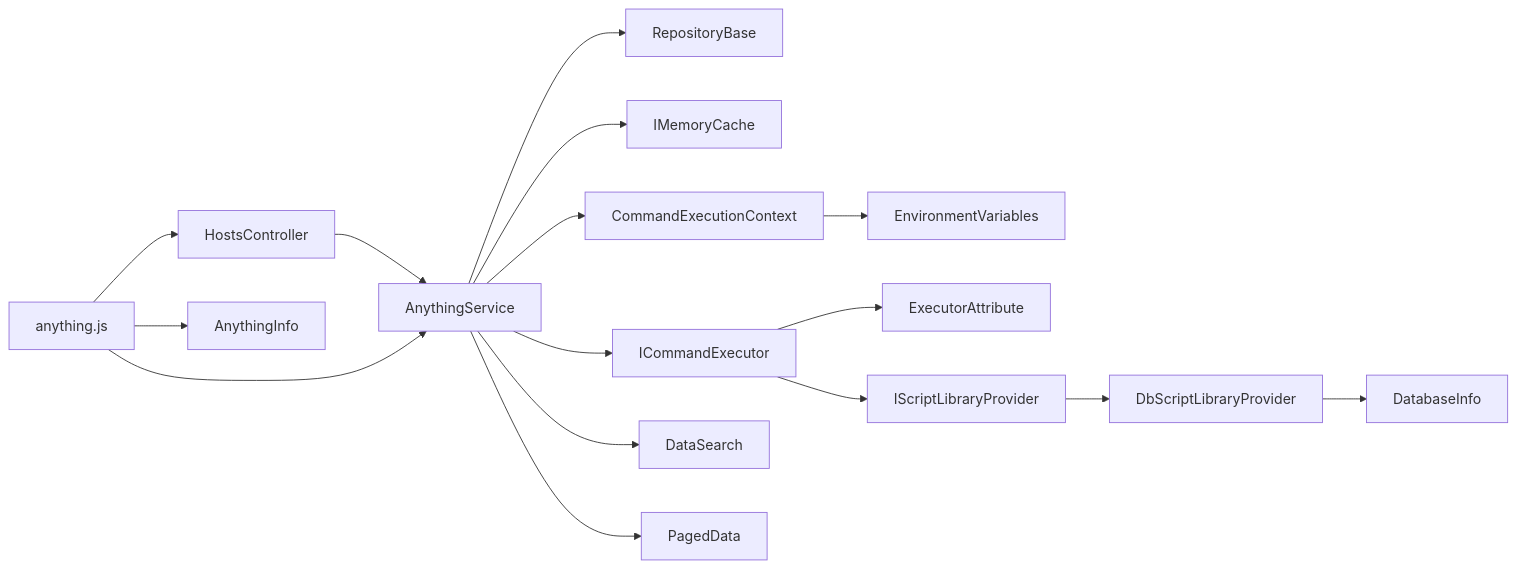
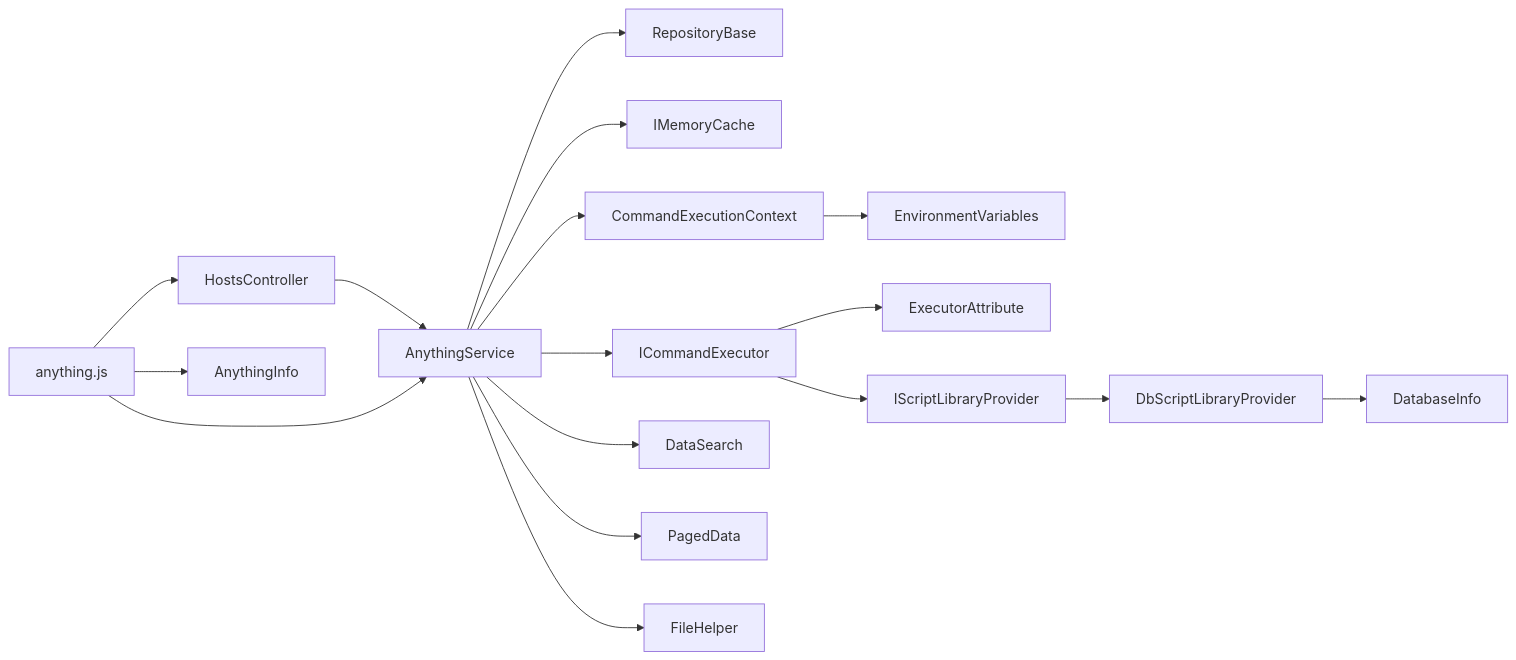
Before and after one commit to Sosososolong/AirGo: diagram 11 of 11 in .qoder/repowiki/zh/content/远程主机管理模块/AnythingService 核心功能.md, drawn with Mermaid. The commit also changed other lines of this file and 12 other files, not shown here.

````diff
--- a/.qoder/repowiki/zh/content/远程主机管理模块/AnythingService 核心功能.md
+++ b/.qoder/repowiki/zh/content/远程主机管理模块/AnythingService 核心功能.md
@@ -756,18 +913,19 @@
 ```mermaid
 graph LR
 Controller["HostsController"] --> Service["AnythingService"]
 Service --> Repo["RepositoryBase<T>"]
 Service --> Cache["IMemoryCache"]
 Service --> Exec["ICommandExecutor"]
 Service --> Ctx["CommandExecutionContext"]
 Service --> DataSearch["DataSearch"]
 Service --> PagedData["PagedData<T>"]
+Service --> FileHelper["FileHelper"]
 Ctx --> EnvVars["EnvironmentVariables"]
 Exec --> Attr["ExecutorAttribute"]
 Exec --> Provider["IScriptLibraryProvider"]
 Provider --> Impl["DbScriptLibraryProvider"]
 Impl --> DB["DatabaseInfo"]
 Frontend["anything.js"] --> Controller
 Frontend --> Service
 Frontend --> AnythingInfo["AnythingInfo"]
 ```
````
